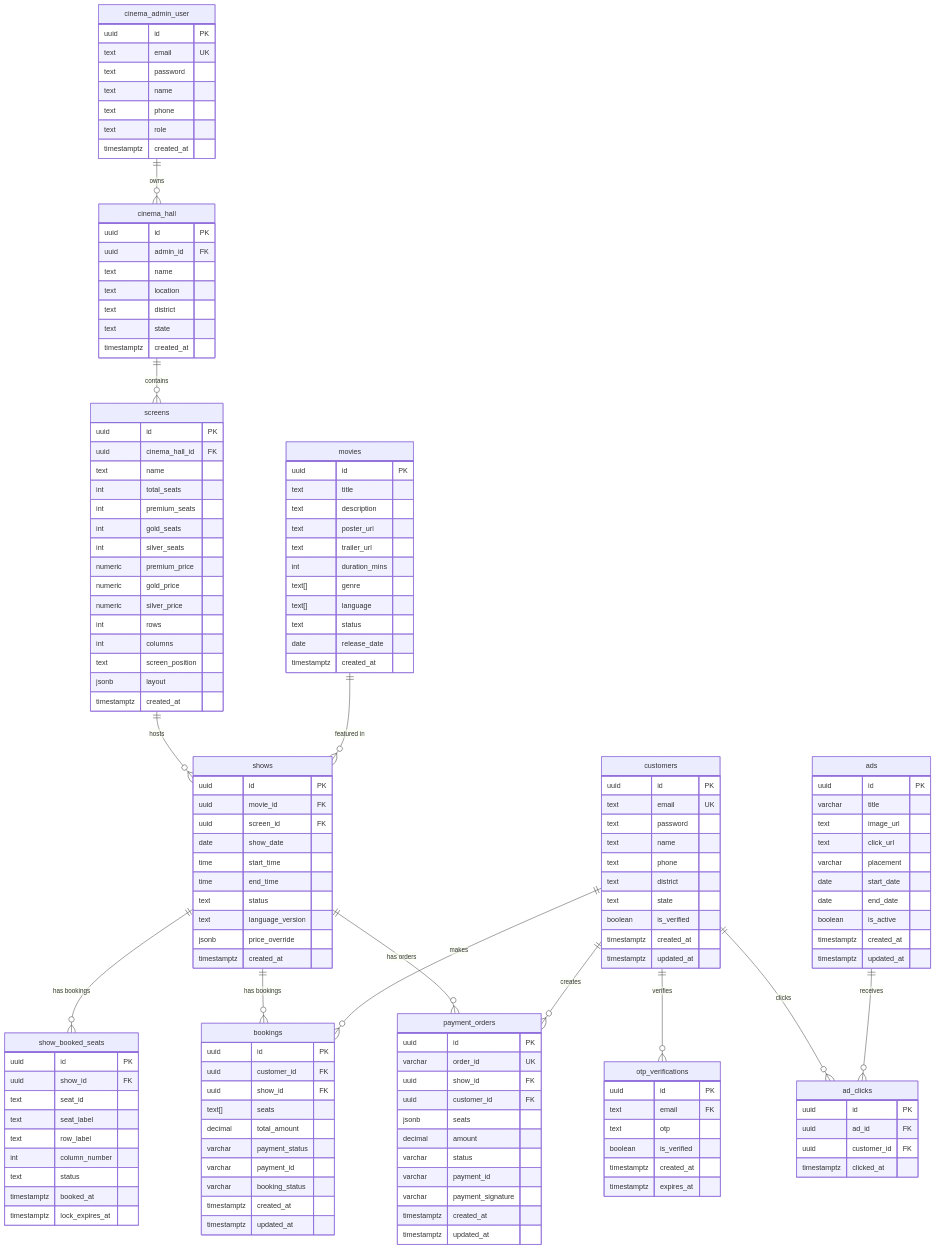
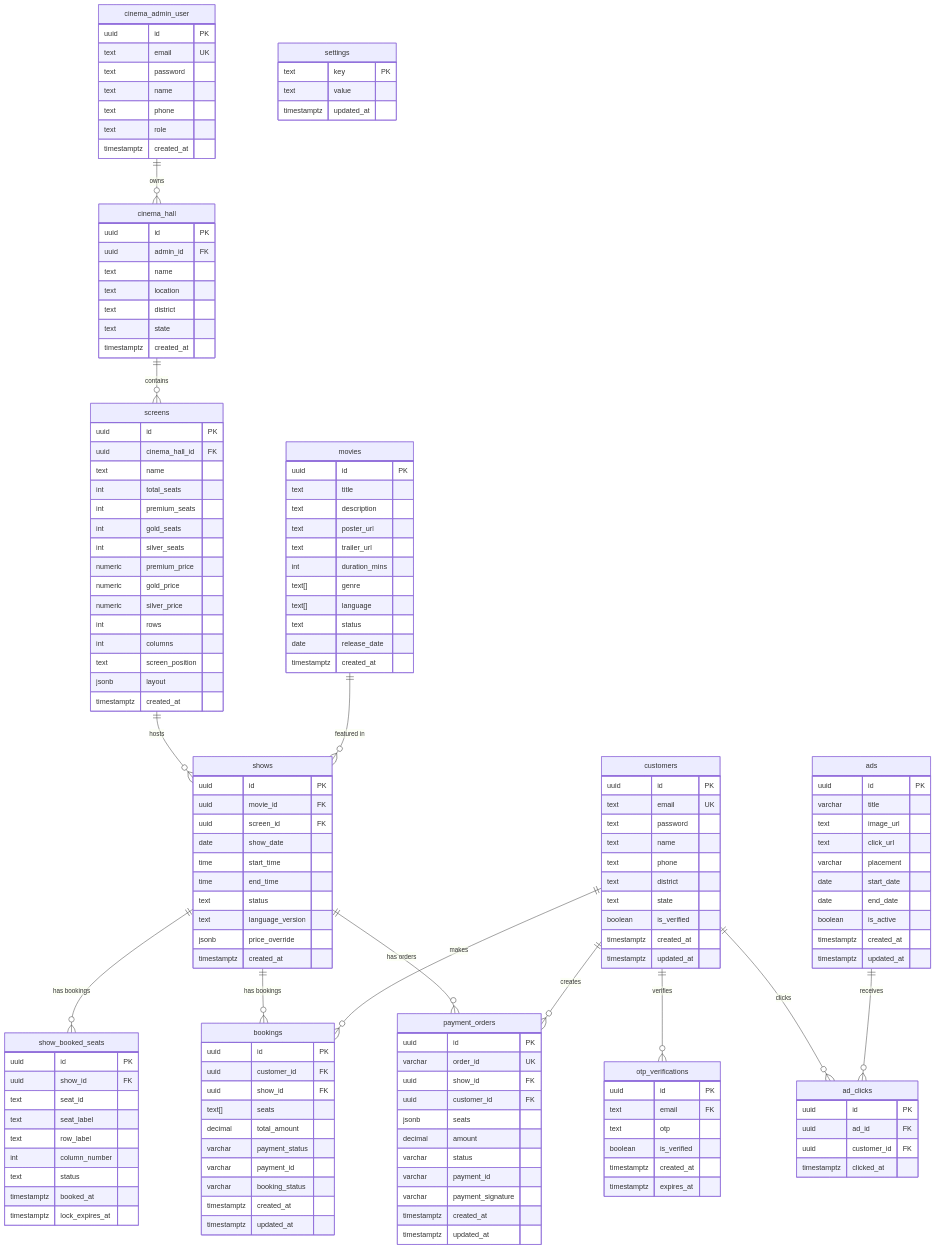
The first of 6 diagrams in backend.md (hduraimurugan/cinema-app-docs), drawn with Mermaid before and after one commit. The commit also changed other lines of this file and 2 other files, not shown here.

Commit message:
update: add SettingsPage with configurable booking fees and GST; implement settings API for dynamic pricing

```diff
--- a/backend.md
+++ b/backend.md
@@ -31,6 +31,12 @@
     customers ||--o{ otp_verifications : "verifies"
     customers ||--o{ ad_clicks : "clicks"
     ads ||--o{ ad_clicks : "receives"
+
+    settings {
+        text key PK
+        text value
+        timestamptz updated_at
+    }
 
     cinema_admin_user {
         uuid id PK
```
